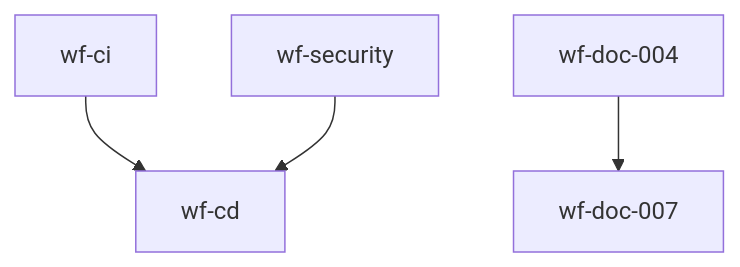
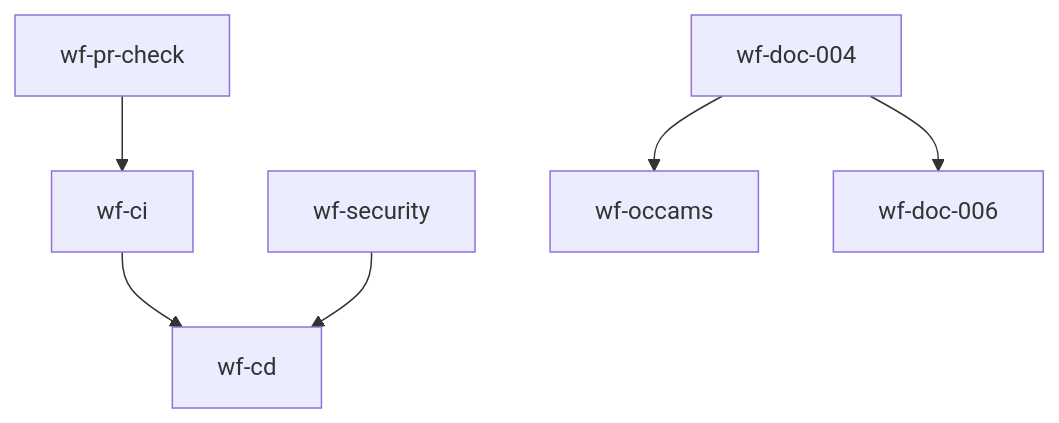
The diagram in workflows/README.md (Oseas031/axis-cli), drawn with Mermaid before and after one commit. The commit also changed other lines of this file and 53 other files, not shown here.

````diff
--- a/workflows/README.md
+++ b/workflows/README.md
@@ -73,6 +77,8 @@
 ```mermaid
 graph TD
     wf-ci --> wf-cd
     wf-security --> wf-cd
-    wf-doc-004 --> wf-doc-007
+    wf-doc-004 --> wf-occams
+    wf-doc-004 --> wf-doc-006
+    wf-pr-check --> wf-ci
 ```
````
